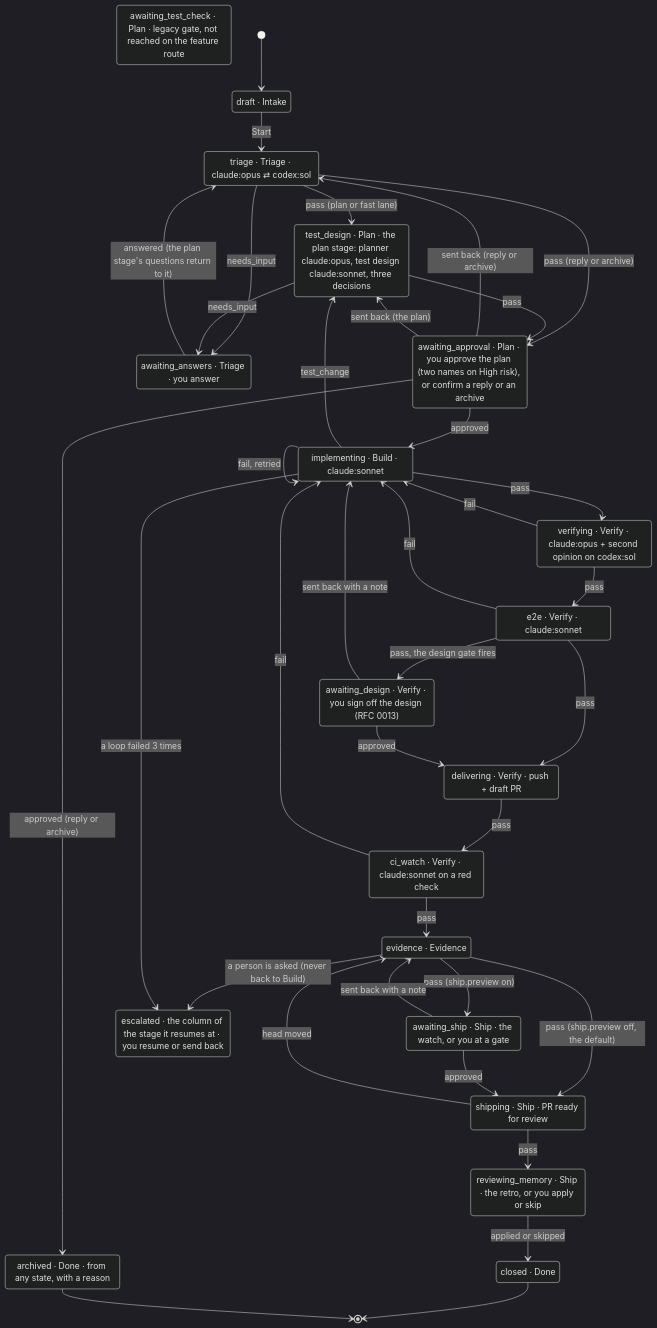
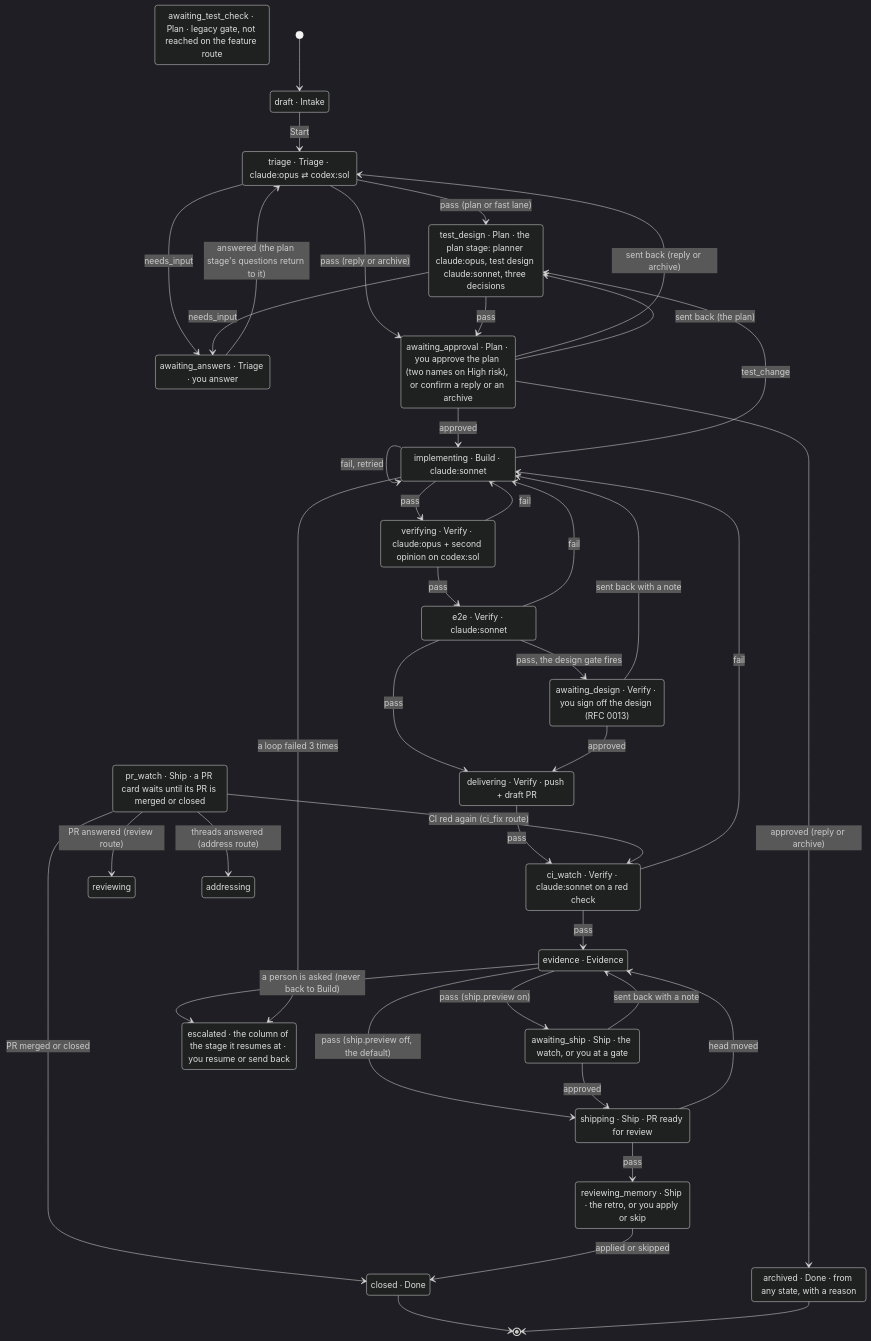
The second of 3 diagrams in docs/architecture.md (HigorAlves/luna-tui), drawn with Mermaid (dark theme) before and after one commit. The commit also changed other lines of this file and 27 other files, not shown here.

First line of the commit message:
feat: PR cards watch their PR in Ship until it is merged or closed (#246)

````diff
--- a/docs/architecture.md
+++ b/docs/architecture.md
@@ -223,60 +225,65 @@
 ```mermaid
 stateDiagram-v2
   direction TB
   draft: draft · Intake
   triage: triage · Triage · claude:opus ⇄ codex:sol
   awaiting_answers: awaiting_answers · Triage · you answer
   awaiting_approval: awaiting_approval · Plan · you approve the plan (two names on High risk), or confirm a reply or an archive
   test_design: test_design · Plan · the plan stage: planner claude:opus, test design claude:sonnet, three decisions
   awaiting_test_check: awaiting_test_check · Plan · legacy gate, not reached on the feature route
   implementing: implementing · Build · claude:sonnet
   verifying: verifying · Verify · claude:opus + second opinion on codex:sol
   e2e: e2e · Verify · claude:sonnet
   awaiting_design: awaiting_design · Verify · you sign off the design (RFC 0013)
   delivering: delivering · Verify · push + draft PR
   ci_watch: ci_watch · Verify · claude:sonnet on a red check
   evidence: evidence · Evidence
   awaiting_ship: awaiting_ship · Ship · the watch, or you at a gate
   shipping: shipping · Ship · PR ready for review
+  pr_watch: pr_watch · Ship · a PR card waits until its PR is merged or closed
   reviewing_memory: reviewing_memory · Ship · the retro, or you apply or skip
   escalated: escalated · the column of the stage it resumes at · you resume or send back
   closed: closed · Done
   archived: archived · Done · from any state, with a reason
 
   [*] --> draft
   draft --> triage: Start
   triage --> awaiting_answers: needs_input
   awaiting_answers --> triage: answered (the plan stage's questions return to it)
   triage --> test_design: pass (plan or fast lane)
   triage --> awaiting_approval: pass (reply or archive)
   awaiting_approval --> triage: sent back (reply or archive)
   awaiting_approval --> archived: approved (reply or archive)
   test_design --> awaiting_approval: pass
   test_design --> awaiting_answers: needs_input
   awaiting_approval --> test_design: sent back (the plan)
   awaiting_approval --> implementing: approved
   implementing --> verifying: pass
   implementing --> implementing: fail, retried
   implementing --> test_design: test_change
   verifying --> e2e: pass
   e2e --> delivering: pass
   e2e --> awaiting_design: pass, the design gate fires
   awaiting_design --> delivering: approved
   awaiting_design --> implementing: sent back with a note
   delivering --> ci_watch: pass
   ci_watch --> evidence: pass
   evidence --> shipping: pass (ship.preview off, the default)
   evidence --> awaiting_ship: pass (ship.preview on)
   verifying --> implementing: fail
   e2e --> implementing: fail
   ci_watch --> implementing: fail
   evidence --> escalated: a person is asked (never back to Build)
   awaiting_ship --> evidence: sent back with a note
   shipping --> evidence: head moved
   implementing --> escalated: a loop failed 3 times
   awaiting_ship --> shipping: approved
   shipping --> reviewing_memory: pass
+  pr_watch --> closed: PR merged or closed
+  pr_watch --> reviewing: PR answered (review route)
+  pr_watch --> ci_watch: CI red again (ci_fix route)
+  pr_watch --> addressing: threads answered (address route)
   reviewing_memory --> closed: applied or skipped
   closed --> [*]
   archived --> [*]
 ```
````
